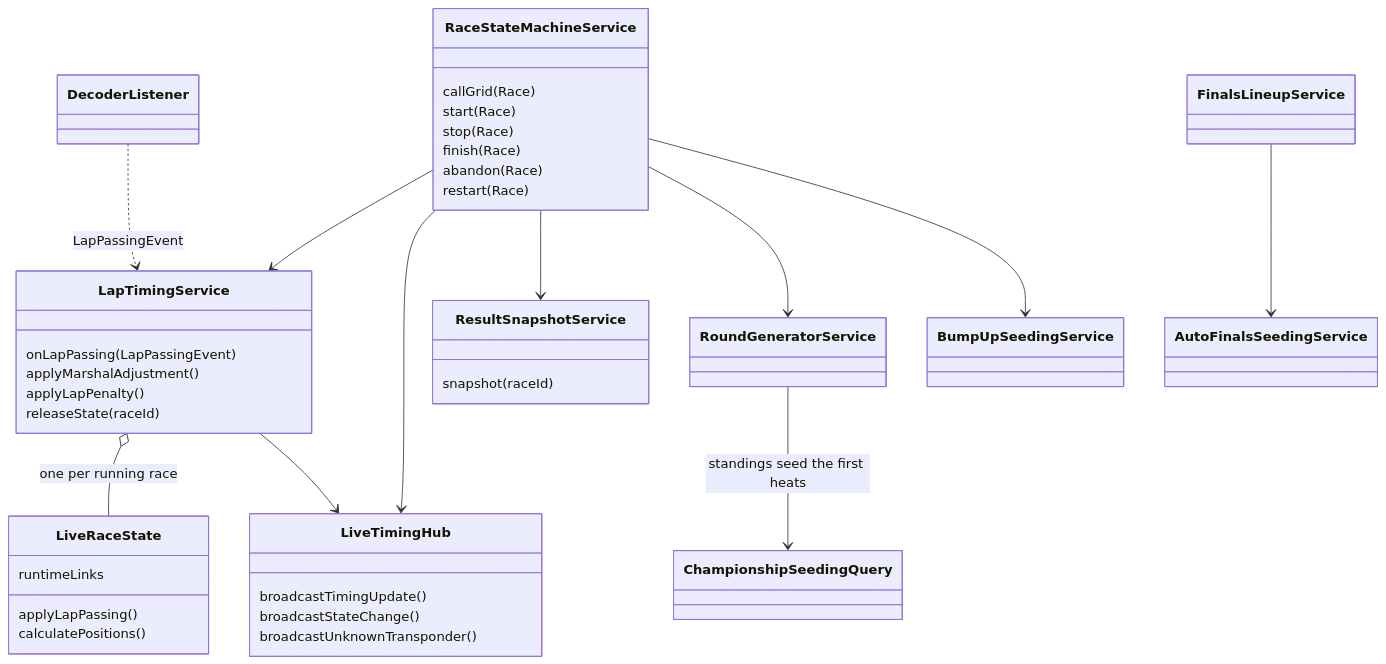
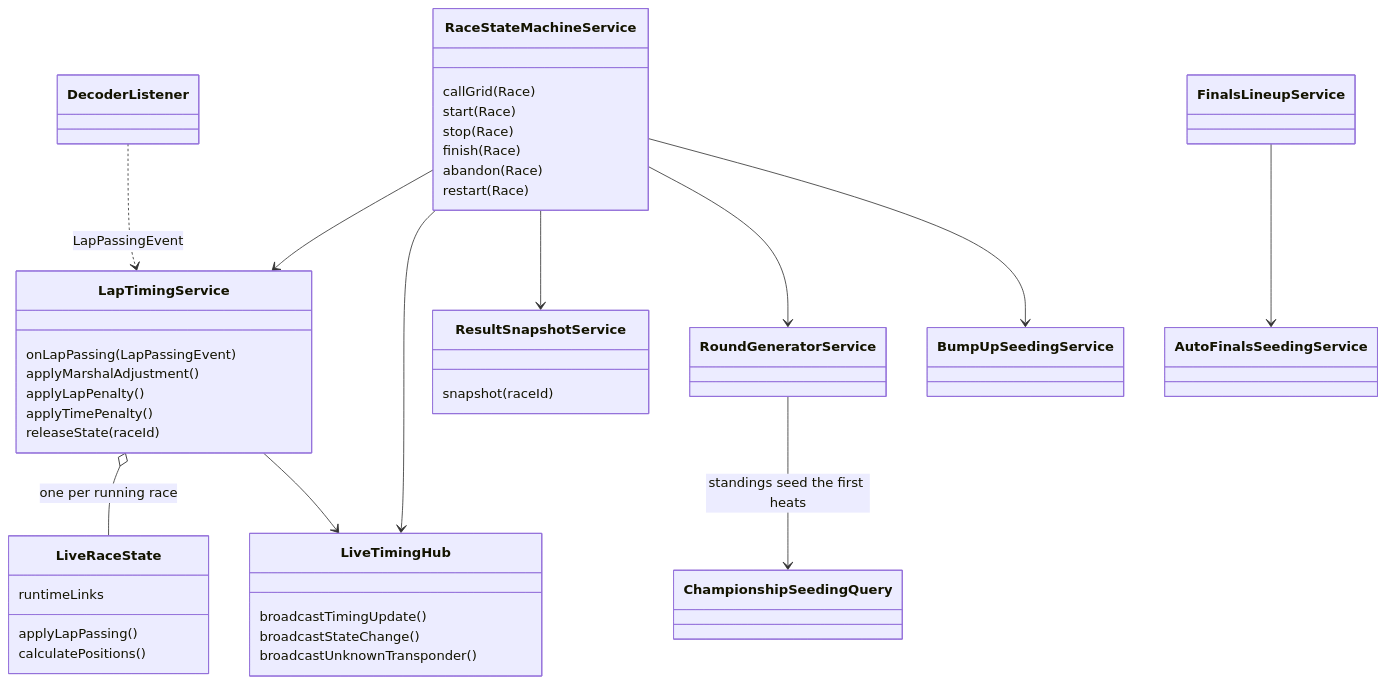
Before and after one commit to RCRaceHub/RCTimingControl: the second of 3 diagrams in docs/developer/domain-model.md, drawn with Mermaid. The commit also changed 15 other files, not shown here.

````diff
--- a/docs/developer/domain-model.md
+++ b/docs/developer/domain-model.md
@@ -105,48 +105,49 @@
 ```mermaid
 classDiagram
     direction TB
     class RaceStateMachineService {
         callGrid(Race)
         start(Race)
         stop(Race)
         finish(Race)
         abandon(Race)
         restart(Race)
     }
     class LapTimingService {
         onLapPassing(LapPassingEvent)
         applyMarshalAdjustment()
         applyLapPenalty()
+        applyTimePenalty()
         releaseState(raceId)
     }
     class LiveRaceState {
         applyLapPassing()
         calculatePositions()
         runtimeLinks
     }
     class LiveTimingHub {
         broadcastTimingUpdate()
         broadcastStateChange()
         broadcastUnknownTransponder()
     }
     class ResultSnapshotService {
         snapshot(raceId)
     }
     class RoundGeneratorService
     class ChampionshipSeedingQuery
     class BumpUpSeedingService
     class AutoFinalsSeedingService
     class FinalsLineupService
     class DecoderListener
 
     DecoderListener ..> LapTimingService : LapPassingEvent
     LapTimingService o-- LiveRaceState : one per running race
     LapTimingService --> LiveTimingHub
     RaceStateMachineService --> LapTimingService
     RaceStateMachineService --> LiveTimingHub
     RaceStateMachineService --> ResultSnapshotService
     RaceStateMachineService --> RoundGeneratorService
     RoundGeneratorService --> ChampionshipSeedingQuery : standings seed the first heats
     RaceStateMachineService --> BumpUpSeedingService
     FinalsLineupService --> AutoFinalsSeedingService
 ```
````
